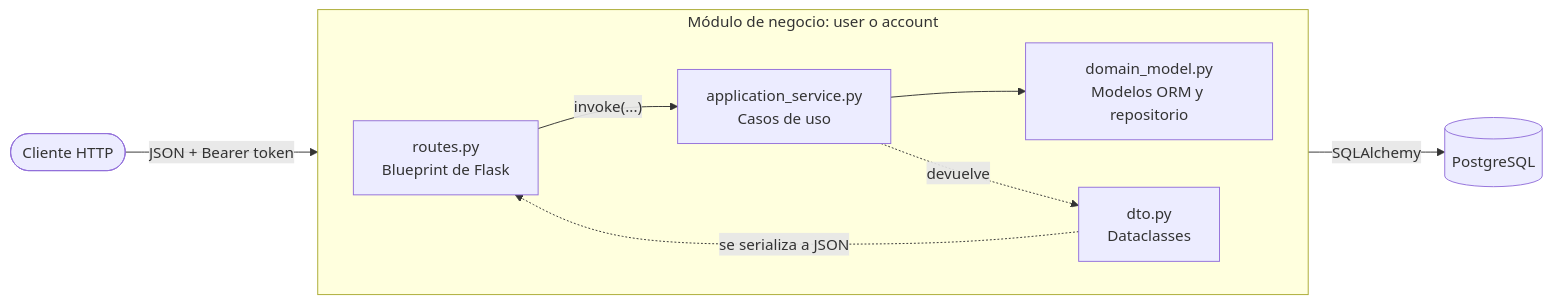
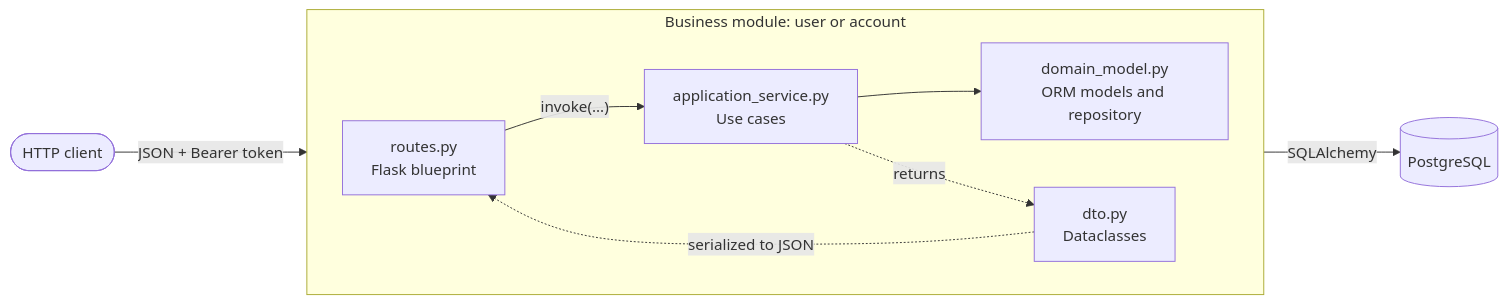
The first of 3 diagrams in README.md (bernardo-colorado-dubois/banking-core), drawn with Mermaid before and after one commit. The commit also changed other lines of this file and 2 other files, not shown here.

````diff
--- a/README.md
+++ b/README.md
@@ -89,19 +89,19 @@
 ```mermaid
 flowchart LR
-  cliente(["Cliente HTTP"])
-  subgraph modulo["Módulo de negocio: user o account"]
+  client(["HTTP client"])
+  subgraph module["Business module: user or account"]
     direction LR
-    rutas["routes.py<br/>Blueprint de Flask"]
-    servicios["application_service.py<br/>Casos de uso"]
-    dominio["domain_model.py<br/>Modelos ORM y repositorio"]
+    routes["routes.py<br/>Flask blueprint"]
+    services["application_service.py<br/>Use cases"]
+    domain["domain_model.py<br/>ORM models and repository"]
     dto["dto.py<br/>Dataclasses"]
   end
-  bd[("PostgreSQL")]
+  db[("PostgreSQL")]
 
-  cliente -->|"JSON + Bearer token"| rutas
-  rutas -->|"invoke(...)"| servicios
-  servicios --> dominio
-  dominio -->|"SQLAlchemy"| bd
-  servicios -.->|"devuelve"| dto
-  dto -.->|"se serializa a JSON"| rutas
+  client -->|"JSON + Bearer token"| routes
+  routes -->|"invoke(...)"| services
+  services --> domain
+  domain -->|"SQLAlchemy"| db
+  services -.->|"returns"| dto
+  dto -.->|"serialized to JSON"| routes
 ```
````
